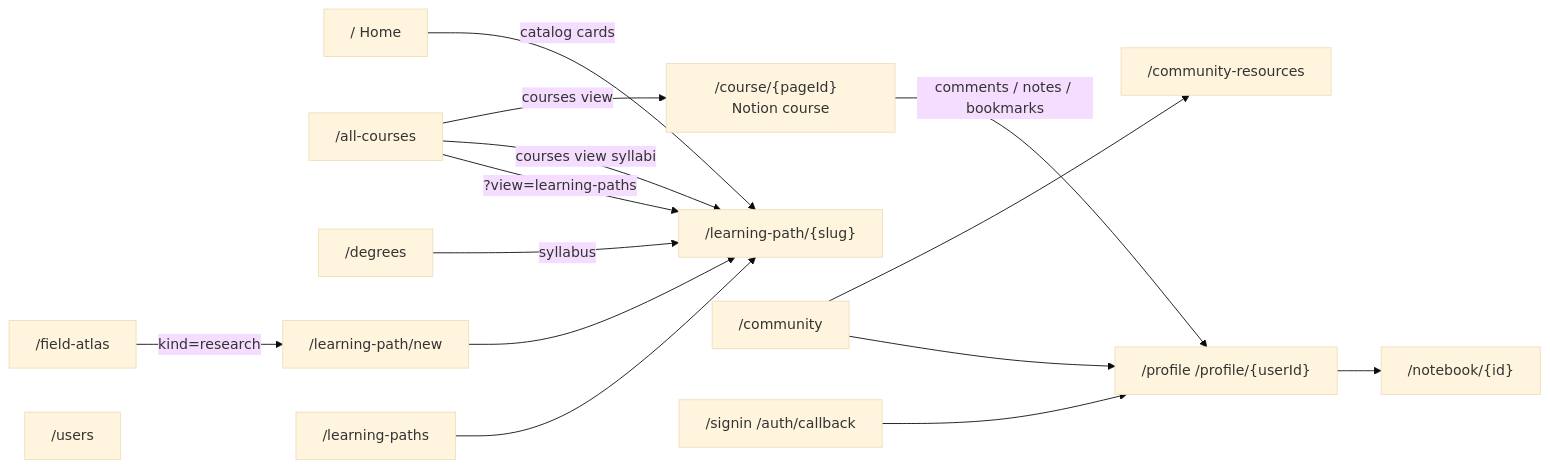
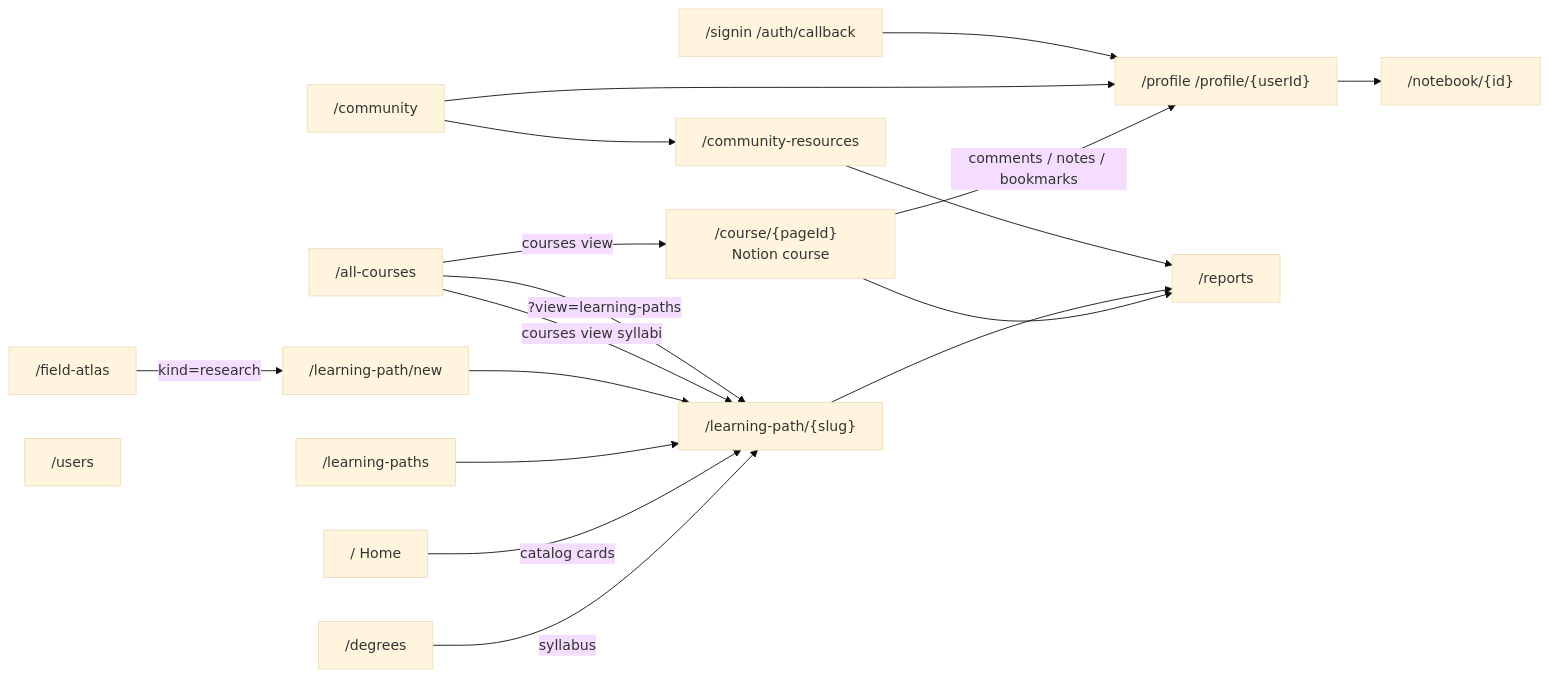
One commit to coursetexts/notion-site changed the second of 4 diagrams in docs/architecture.md. Above: the diagram before and after it, drawn with Mermaid (base theme). The commit also changed other lines of this file and 89 other files, not shown here.

````diff
--- a/docs/architecture.md
+++ b/docs/architecture.md
@@ -89,31 +89,35 @@
 ```mermaid
 flowchart LR
   Home["/  Home"]
   Course["/course/{pageId}  Notion course"]
   All["/all-courses"]
   Degrees["/degrees"]
   LP["/learning-path/{slug}"]
   LPNew["/learning-path/new"]
   LPIndex["/learning-paths"]
   Atlas["/field-atlas"]
   Community["/community"]
   Resources["/community-resources"]
   Profile["/profile  /profile/{userId}"]
   Users["/users"]
+  Reports["/reports"]
   Notebook["/notebook/{id}"]
   Signin["/signin  /auth/callback"]
 
   Degrees -->|"syllabus"| LP
   Home -->|"catalog cards"| LP
   LPIndex --> LP
   LPNew --> LP
   Atlas -->|"kind=research"| LPNew
   All -->|"courses view"| Course
   All -->|"courses view syllabi"| LP
   All -->|"?view=learning-paths"| LP
   Community --> Resources
+  Course --> Reports
+  LP --> Reports
+  Resources --> Reports
   Course -->|"comments / notes / bookmarks"| Profile
   Community --> Profile
   Profile --> Notebook
   Signin --> Profile
 ```
````
